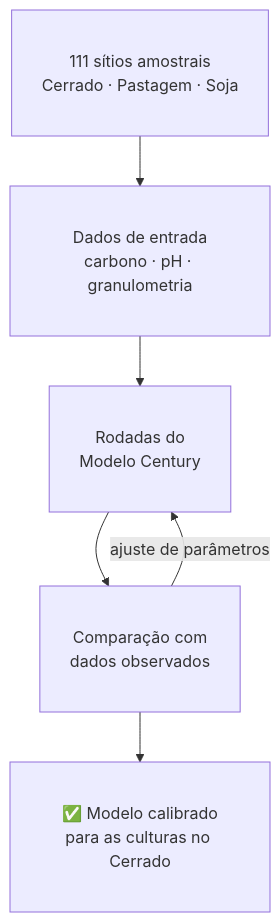
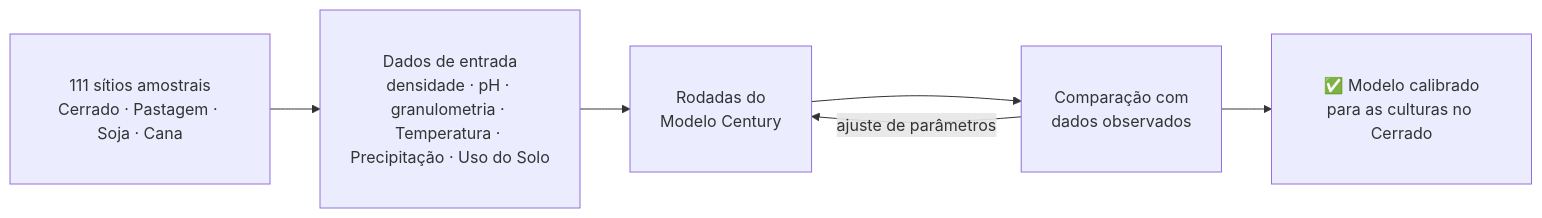
The diagram in docs/mds/referencias_conceituais.md (FelipeJesusRemoteSensing/CarbonProgram), drawn with Mermaid before and after one commit.

````diff
--- a/docs/mds/referencias_conceituais.md
+++ b/docs/mds/referencias_conceituais.md
@@ -25,9 +25,9 @@
 ```mermaid
-flowchart TD
-    classDef default fontSize:16px,padding:15px;
-    A[111 sítios amostrais<br>Cerrado · Pastagem · Soja] --> B[Dados de entrada<br>carbono · pH · granulometria]
+flowchart LR
+    classDef default fontSize:12px,padding:10px;
+    A[111 sítios amostrais<br>Cerrado · Pastagem · Soja · Cana] --> B[Dados de entrada<br>densidade · pH · granulometria · Temperatura · Precipitação · Uso do Solo]
     B --> C[Rodadas do<br>Modelo Century]
     C --> D[Comparação com<br>dados observados]
     D -->|ajuste de parâmetros| C
     D --> E[✅ Modelo calibrado<br>para as culturas no Cerrado]
 ```
````
